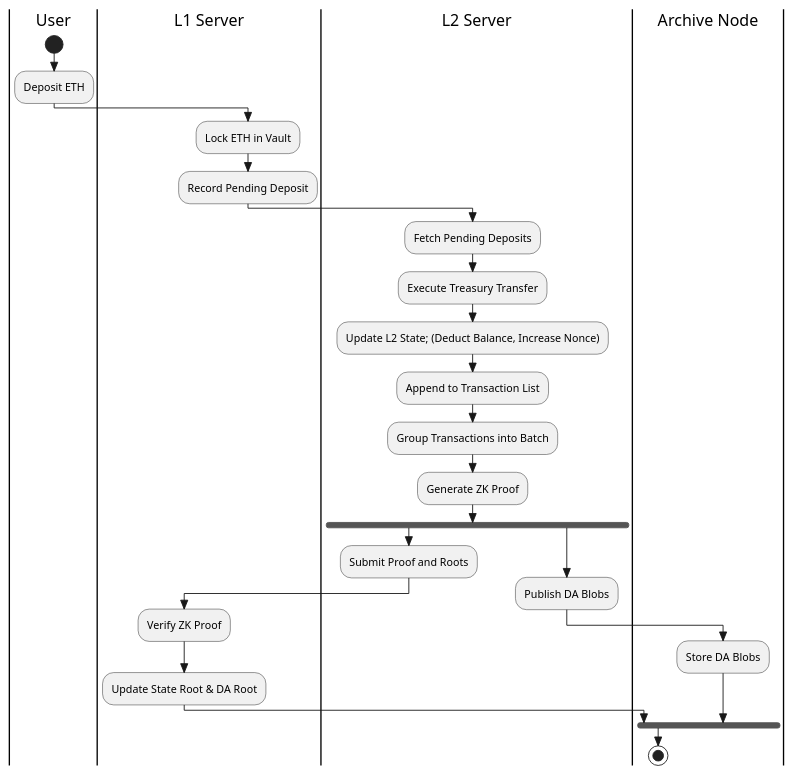
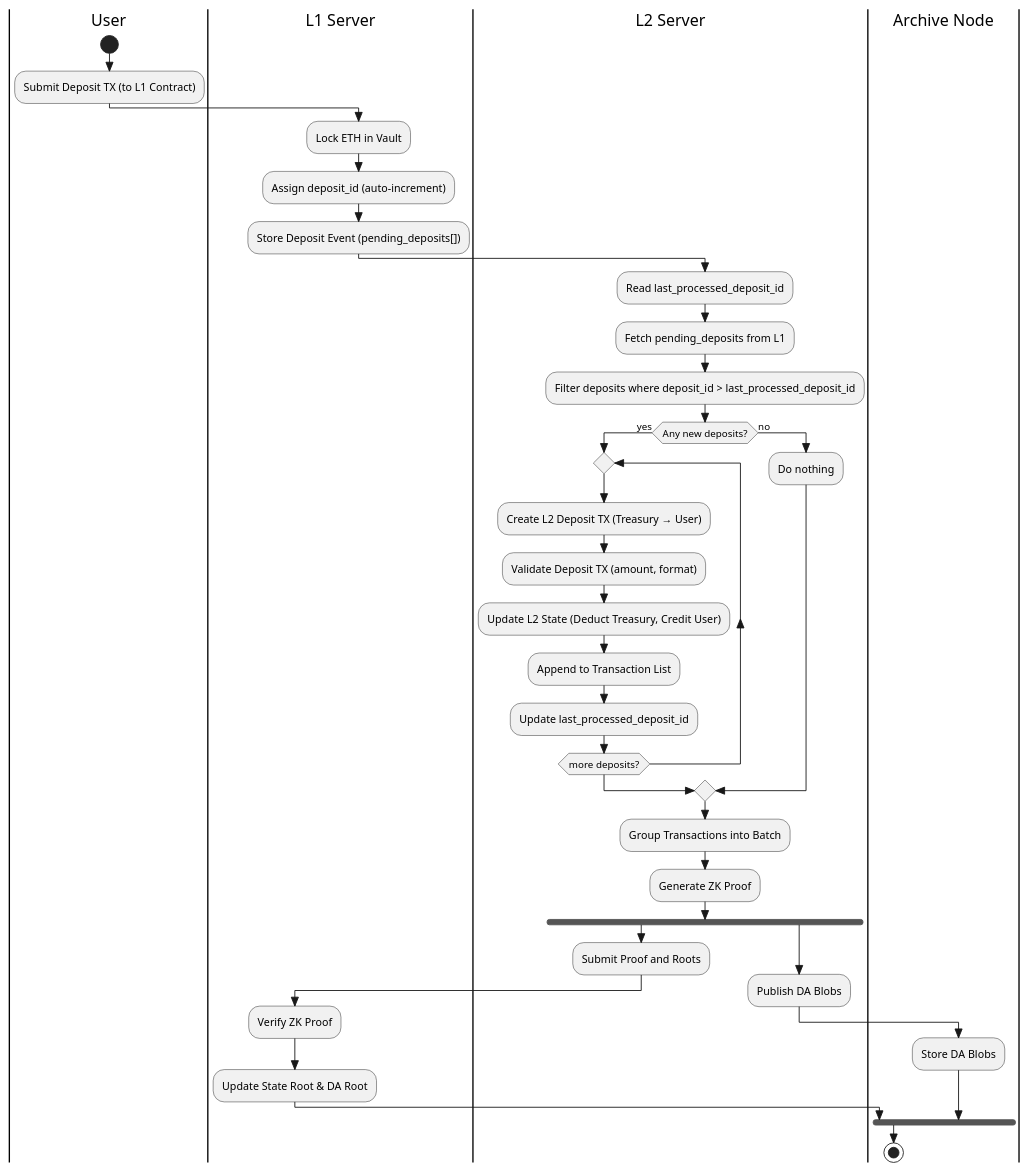
The diagram in .des/activity/deposit.wsd (Mtdung290504/ZK-rollup-simulation), drawn with PlantUML before and after one commit. The commit also changed 5 other files, not shown here.

Commit message:
- Modifying the sequencer mechanism: using Dense Merkle Tree. - Detailed design diagrams.

```diff
--- a/.des/activity/deposit.wsd
+++ b/.des/activity/deposit.wsd
@@ -1,36 +1,53 @@
 @startuml "Deposit Flow (L1 -> L2)"
 skinparam style strictuml
 
 |User|
 start
-:Deposit ETH;
+:Submit Deposit TX (to L1 Contract);
 
 |L1 Server|
 :Lock ETH in Vault;
-:Record Pending Deposit;
+:Assign deposit_id (auto-increment);
+:Store Deposit Event (pending_deposits[]);
 
 |L2 Server|
-:Fetch Pending Deposits;
-:Execute Treasury Transfer;
-:Update L2 State; (Deduct Balance, Increase Nonce);
-:Append to Transaction List;
+:Read last_processed_deposit_id;
+
+:Fetch pending_deposits from L1;
+:Filter deposits where deposit_id > last_processed_deposit_id;
+
+if (Any new deposits?) then (yes)
+
+  repeat
+    :Create L2 Deposit TX (Treasury → User);
+    :Validate Deposit TX (amount, format);
+    :Update L2 State (Deduct Treasury, Credit User);
+    :Append to Transaction List;
+
+    :Update last_processed_deposit_id;
+
+  repeat while (more deposits?)
+
+else (no)
+  :Do nothing;
+endif
 
 |L2 Server|
 :Group Transactions into Batch;
 :Generate ZK Proof;
 
 fork
   |L2 Server|
   :Submit Proof and Roots;
   |L1 Server|
   :Verify ZK Proof;
   :Update State Root & DA Root;
 fork again
   |L2 Server|
   :Publish DA Blobs;
   |Archive Node|
   :Store DA Blobs;
 end fork
 
 stop
 @enduml
```
